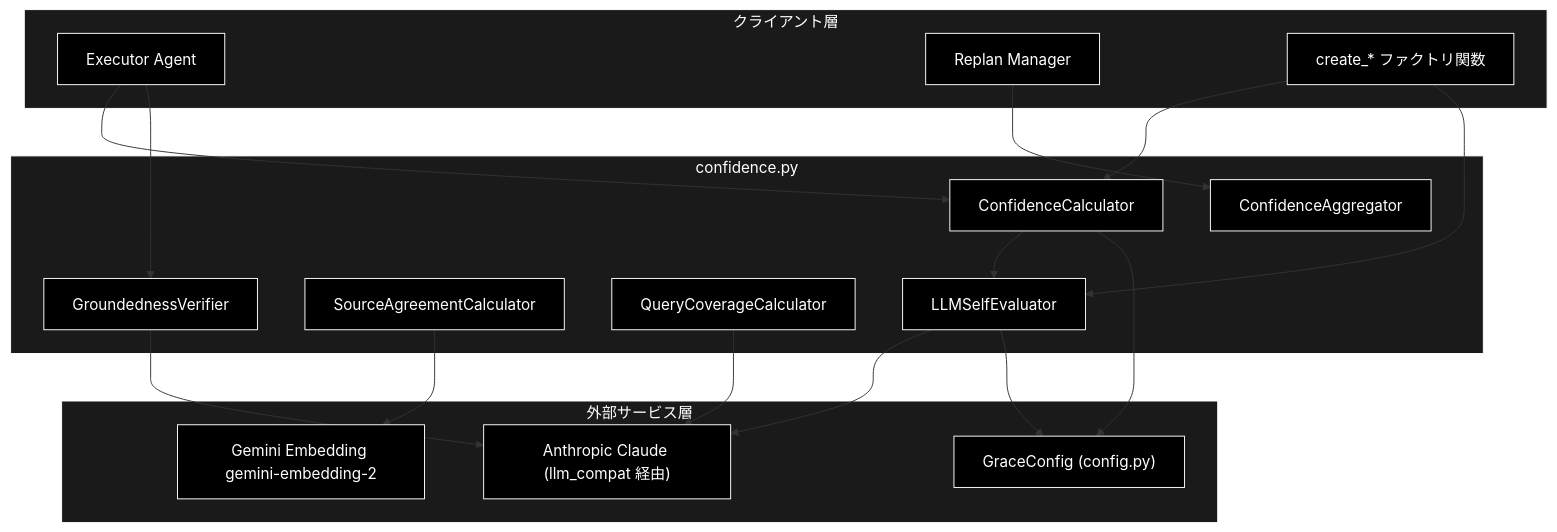
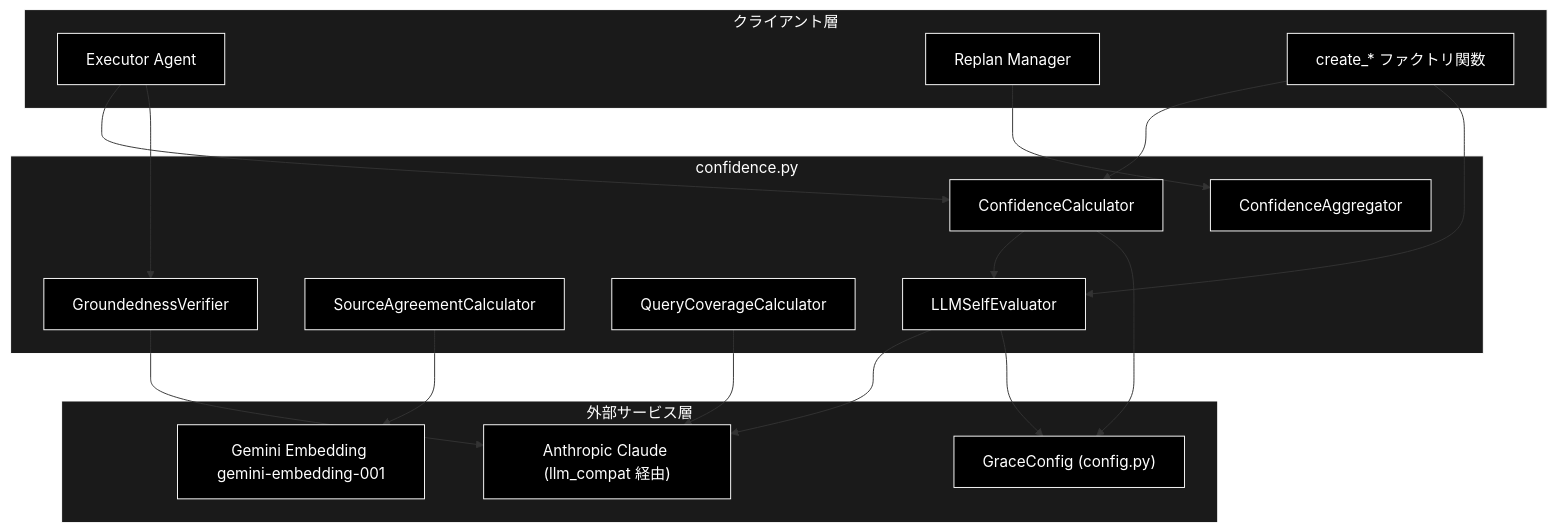
Before and after one commit to nakashima2toshio/grace_v2: the first of 3 diagrams in grace/docs/confidence.md, drawn with Mermaid. The commit also changed other lines of this file and 56 other files, not shown here.

First line of the commit message:
revert: Embedding を gemini-embedding-001 に戻す（Qdrant の再登録を不要にする）

````diff
--- a/grace/docs/confidence.md
+++ b/grace/docs/confidence.md
@@ -86,42 +86,42 @@
 ```mermaid
 flowchart TB
     subgraph CLIENT["クライアント層"]
         EXECUTOR["Executor Agent"]
         REPLAN["Replan Manager"]
         FACTORY["create_* ファクトリ関数"]
     end
 
     subgraph MODULE["confidence.py"]
         CALC["ConfidenceCalculator"]
         EVAL["LLMSelfEvaluator"]
         SRC["SourceAgreementCalculator"]
         COV["QueryCoverageCalculator"]
         GND["GroundednessVerifier"]
         AGG["ConfidenceAggregator"]
     end
 
     subgraph EXTERNAL["外部サービス層"]
         LLM["Anthropic Claude (llm_compat 経由)"]
-        EMB["Gemini Embedding gemini-embedding-2"]
+        EMB["Gemini Embedding gemini-embedding-001"]
         CONFIG["GraceConfig (config.py)"]
     end
 
     EXECUTOR --> CALC
     EXECUTOR --> GND
     REPLAN --> AGG
     FACTORY --> CALC
     FACTORY --> EVAL
     CALC --> EVAL
     EVAL --> LLM
     COV --> LLM
     GND --> LLM
     SRC --> EMB
     CALC --> CONFIG
     EVAL --> CONFIG
 classDef default fill:#000,stroke:#fff,color:#fff
 classDef subgraphStyle fill:#1a1a1a,stroke:#fff,color:#fff
 class EXECUTOR,REPLAN,FACTORY,CALC,EVAL,SRC,COV,GND,AGG,LLM,EMB,CONFIG default
 style CLIENT fill:#1a1a1a,stroke:#fff,color:#fff
 style MODULE fill:#1a1a1a,stroke:#fff,color:#fff
 style EXTERNAL fill:#1a1a1a,stroke:#fff,color:#fff
 ```
````
